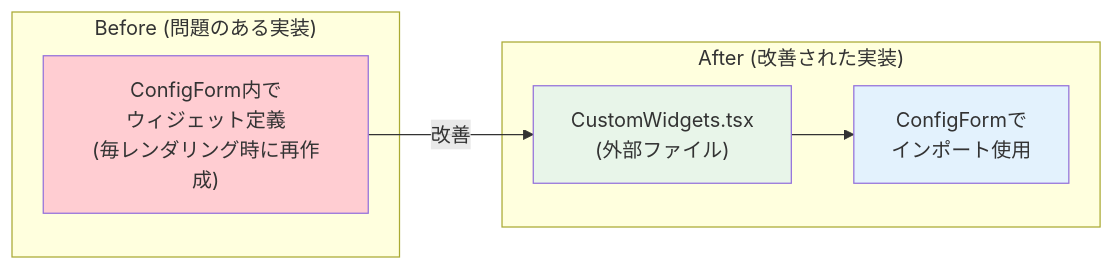
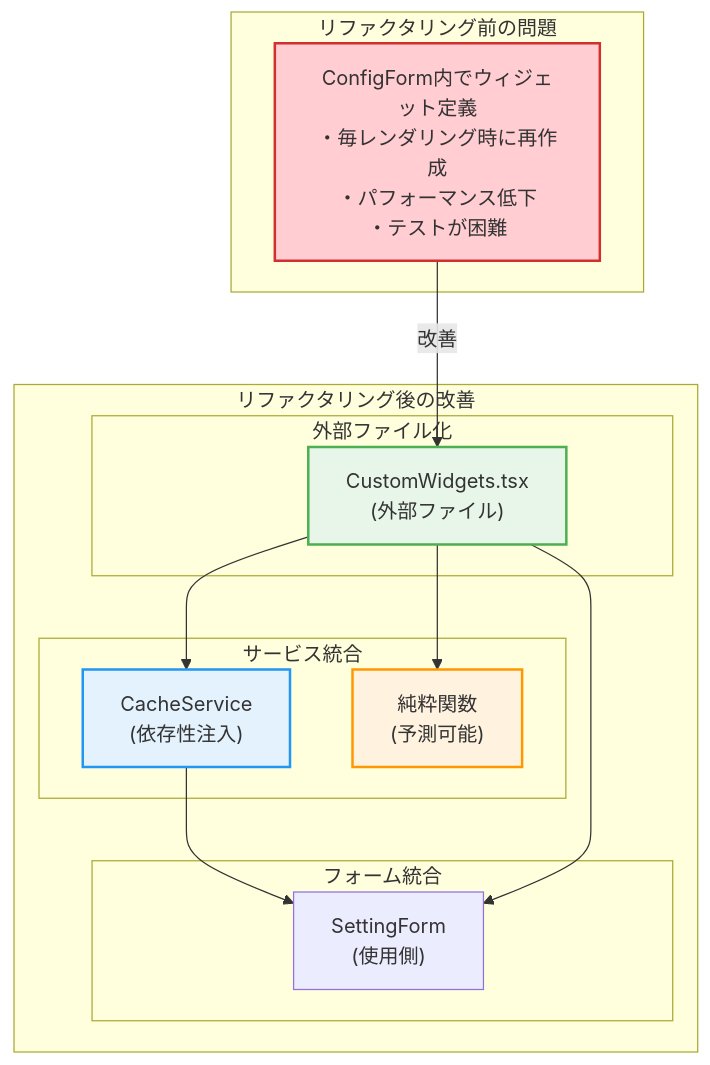
The second of 4 diagrams in docs/react-jsonschema-form-usage.md (okayus/kintone-plugin-template), drawn with Mermaid before and after one commit. The commit also changed other lines of this file and 17 other files, not shown here.

First line of the commit message:
docs: update documentation to reflect refactored architecture

````diff
--- a/docs/react-jsonschema-form-usage.md
+++ b/docs/react-jsonschema-form-usage.md
@@ -153,18 +228,32 @@
 ```mermaid
-graph LR
-    subgraph "Before (問題のある実装)"
-        InlineWidget["ConfigForm内で<br/>ウィジェット定義<br/>(毎レンダリング時に再作成)"]
+graph TB
+    subgraph "リファクタリング前の問題"
+        OldWidget["ConfigForm内でウィジェット定義<br/>・毎レンダリング時に再作成<br/>・パフォーマンス低下<br/>・テストが困難"]
     end
     
-    subgraph "After (改善された実装)"
-        ExternalFile["CustomWidgets.tsx<br/>(外部ファイル)"]
-        ImportWidget["ConfigFormで<br/>インポート使用"]
+    subgraph "リファクタリング後の改善"
+        subgraph "外部ファイル化"
+            ExternalWidget["CustomWidgets.tsx<br/>(外部ファイル)"]
+        end
+        
+        subgraph "サービス統合"
+            ServiceLayer["CacheService<br/>(依存性注入)"]
+            PureFunctions["純粋関数<br/>(予測可能)"]
+        end
+        
+        subgraph "フォーム統合"
+            SettingForm["SettingForm<br/>(使用側)"]
+        end
     end
     
-    InlineWidget -->|改善| ExternalFile
-    ExternalFile --> ImportWidget
+    OldWidget -->|改善| ExternalWidget
+    ExternalWidget --> ServiceLayer
+    ExternalWidget --> PureFunctions
+    ServiceLayer --> SettingForm
+    ExternalWidget --> SettingForm
     
-    style InlineWidget fill:#ffcdd2
-    style ExternalFile fill:#e8f5e9
-    style ImportWidget fill:#e3f2fd
+    style OldWidget fill:#ffcdd2,stroke:#d32f2f,stroke-width:2px
+    style ExternalWidget fill:#e8f5e9,stroke:#4caf50,stroke-width:2px
+    style ServiceLayer fill:#e3f2fd,stroke:#2196f3,stroke-width:2px
+    style PureFunctions fill:#fff3e0,stroke:#ff9800,stroke-width:2px
 ```
````
